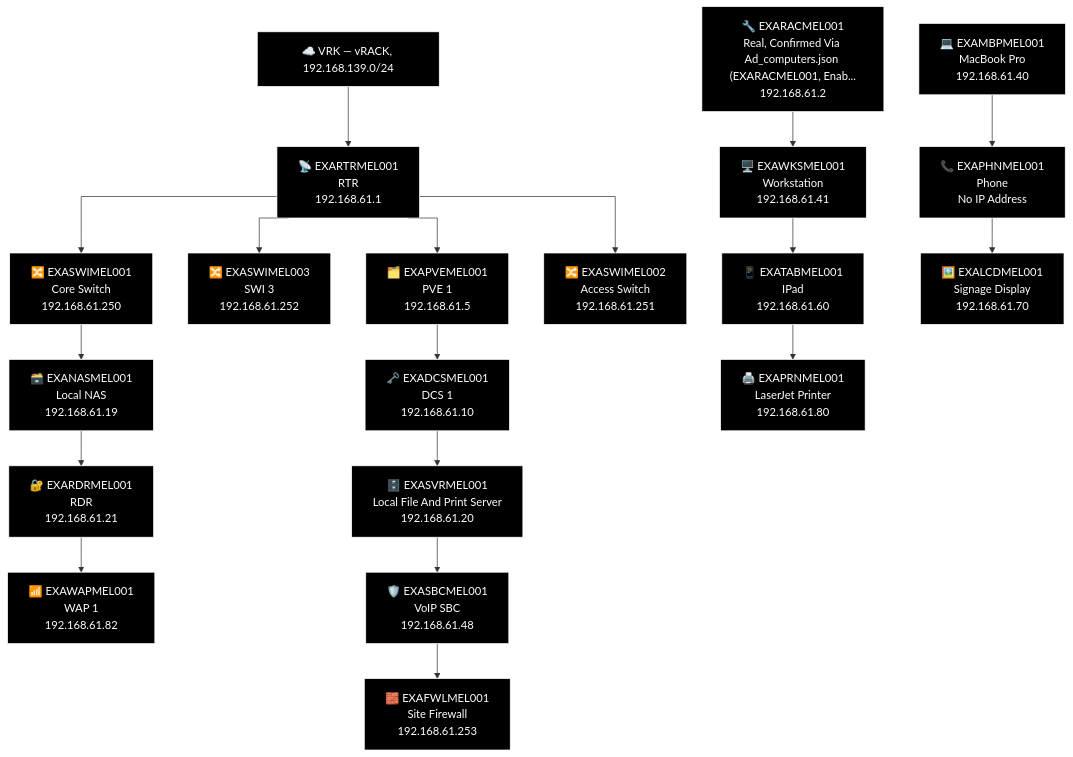
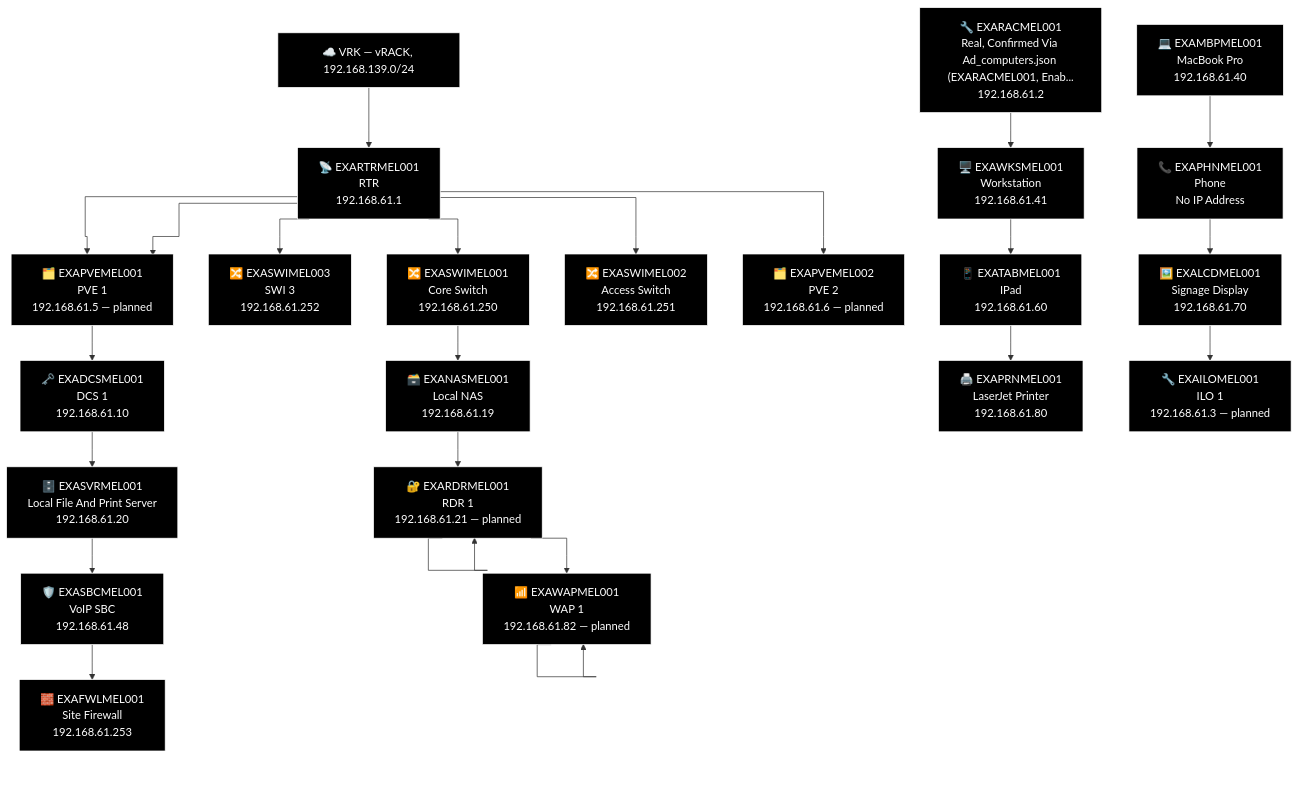
Before and after one commit to knightmare2600/example_music_infra: the sixth of 6 diagrams in docs/network-diagram/australia.md, drawn with Mermaid. The commit also changed other lines of this file and 12 other files, not shown here.

````diff
--- a/docs/network-diagram/australia.md
+++ b/docs/network-diagram/australia.md
@@ -310,55 +322,67 @@
 ```mermaid
 %% GENERATED:TOPOLOGY:MEL:START
 %%{init: {'flowchart': {'curve': 'stepAfter'}}}%%
 graph TD
     T_VRK["☁️ VRK — vRACK, 192.168.139.0/24"]
     T_RTR["📡 EXARTRMEL001<br/>RTR<br/>192.168.61.1"]
     T_VRK --> T_RTR
     T_PVE["🗂️ EXAPVEMEL001<br/>PVE 1<br/>192.168.61.5"]
     T_RTR --> T_PVE
     T_SWI["🔀 EXASWIMEL003<br/>SWI 3<br/>192.168.61.252"]
     T_RTR --> T_SWI
     T_SWI2["🔀 EXASWIMEL001<br/>Core Switch<br/>192.168.61.250"]
     T_RTR --> T_SWI2
     T_SWI3["🔀 EXASWIMEL002<br/>Access Switch<br/>192.168.61.251"]
     T_RTR --> T_SWI3
+    T_PVE["🗂️ EXAPVEMEL001<br/>PVE 1<br/>192.168.61.5 — planned"]
+    T_RTR --> T_PVE
+    T_PVE2["🗂️ EXAPVEMEL002<br/>PVE 2<br/>192.168.61.6 — planned"]
+    T_RTR --> T_PVE2
     T_NAS["🗃️ EXANASMEL001<br/>Local NAS<br/>192.168.61.19"]
     T_RDR["🔐 EXARDRMEL001<br/>RDR<br/>192.168.61.21"]
+    T_RDR["🔐 EXARDRMEL001<br/>RDR 1<br/>192.168.61.21 — planned"]
     T_WAP["📶 EXAWAPMEL001<br/>WAP 1<br/>192.168.61.82"]
-    T_SWI2 --> T_NAS --> T_RDR --> T_WAP
+    T_WAP["📶 EXAWAPMEL001<br/>WAP 1<br/>192.168.61.82 — planned"]
+    T_SWI2 --> T_NAS --> T_RDR --> T_RDR --> T_WAP --> T_WAP
     T_DCS["🗝️ EXADCSMEL001<br/>DCS 1<br/>192.168.61.10"]
     T_SVR["🗄️ EXASVRMEL001<br/>Local File And Print Server<br/>192.168.61.20"]
     T_SBC["🛡️ EXASBCMEL001<br/>VoIP SBC<br/>192.168.61.48"]
     T_FWL["🧱 EXAFWLMEL001<br/>Site Firewall<br/>192.168.61.253"]
     T_PVE --> T_DCS --> T_SVR --> T_SBC --> T_FWL
     T_RAC["🔧 EXARACMEL001<br/>Real, Confirmed Via Ad_computers.json (EXARACMEL001, Enab...<br/>192.168.61.2"]
     T_MBP["💻 EXAMBPMEL001<br/>MacBook Pro<br/>192.168.61.40"]
     T_WKS["🖥️ EXAWKSMEL001<br/>Workstation<br/>192.168.61.41"]
     T_PHN["📞 EXAPHNMEL001<br/>Phone<br/>No IP Address"]
     T_TAB["📱 EXATABMEL001<br/>IPad<br/>192.168.61.60"]
     T_LCD["🖼️ EXALCDMEL001<br/>Signage Display<br/>192.168.61.70"]
     T_PRN["🖨️ EXAPRNMEL001<br/>LaserJet Printer<br/>192.168.61.80"]
+    T_ILO["🔧 EXAILOMEL001<br/>ILO 1<br/>192.168.61.3 — planned"]
     T_RAC --> T_WKS --> T_TAB --> T_PRN
-    T_MBP --> T_PHN --> T_LCD
+    T_MBP --> T_PHN --> T_LCD --> T_ILO
     style T_VRK fill:#000000,stroke:#FFFFFF,color:#FFFFFF
     style T_RTR fill:#000000,stroke:#FFFFFF,color:#FFFFFF
     style T_PVE fill:#000000,stroke:#FFFFFF,color:#FFFFFF
     style T_SWI fill:#000000,stroke:#FFFFFF,color:#FFFFFF
     style T_SWI2 fill:#000000,stroke:#FFFFFF,color:#FFFFFF
     style T_SWI3 fill:#000000,stroke:#FFFFFF,color:#FFFFFF
+    style T_PVE fill:#000000,stroke:#FFFFFF,color:#FFFFFF
+    style T_PVE2 fill:#000000,stroke:#FFFFFF,color:#FFFFFF
     style T_NAS fill:#000000,stroke:#FFFFFF,color:#FFFFFF
     style T_RDR fill:#000000,stroke:#FFFFFF,color:#FFFFFF
+    style T_RDR fill:#000000,stroke:#FFFFFF,color:#FFFFFF
+    style T_WAP fill:#000000,stroke:#FFFFFF,color:#FFFFFF
     style T_WAP fill:#000000,stroke:#FFFFFF,color:#FFFFFF
     style T_DCS fill:#000000,stroke:#FFFFFF,color:#FFFFFF
     style T_SVR fill:#000000,stroke:#FFFFFF,color:#FFFFFF
     style T_SBC fill:#000000,stroke:#FFFFFF,color:#FFFFFF
     style T_FWL fill:#000000,stroke:#FFFFFF,color:#FFFFFF
     style T_RAC fill:#000000,stroke:#FFFFFF,color:#FFFFFF
     style T_MBP fill:#000000,stroke:#FFFFFF,color:#FFFFFF
     style T_WKS fill:#000000,stroke:#FFFFFF,color:#FFFFFF
     style T_PHN fill:#000000,stroke:#FFFFFF,color:#FFFFFF
     style T_TAB fill:#000000,stroke:#FFFFFF,color:#FFFFFF
     style T_LCD fill:#000000,stroke:#FFFFFF,color:#FFFFFF
     style T_PRN fill:#000000,stroke:#FFFFFF,color:#FFFFFF
+    style T_ILO fill:#000000,stroke:#FFFFFF,color:#FFFFFF
 %% GENERATED:TOPOLOGY:MEL:END
 ```
````
